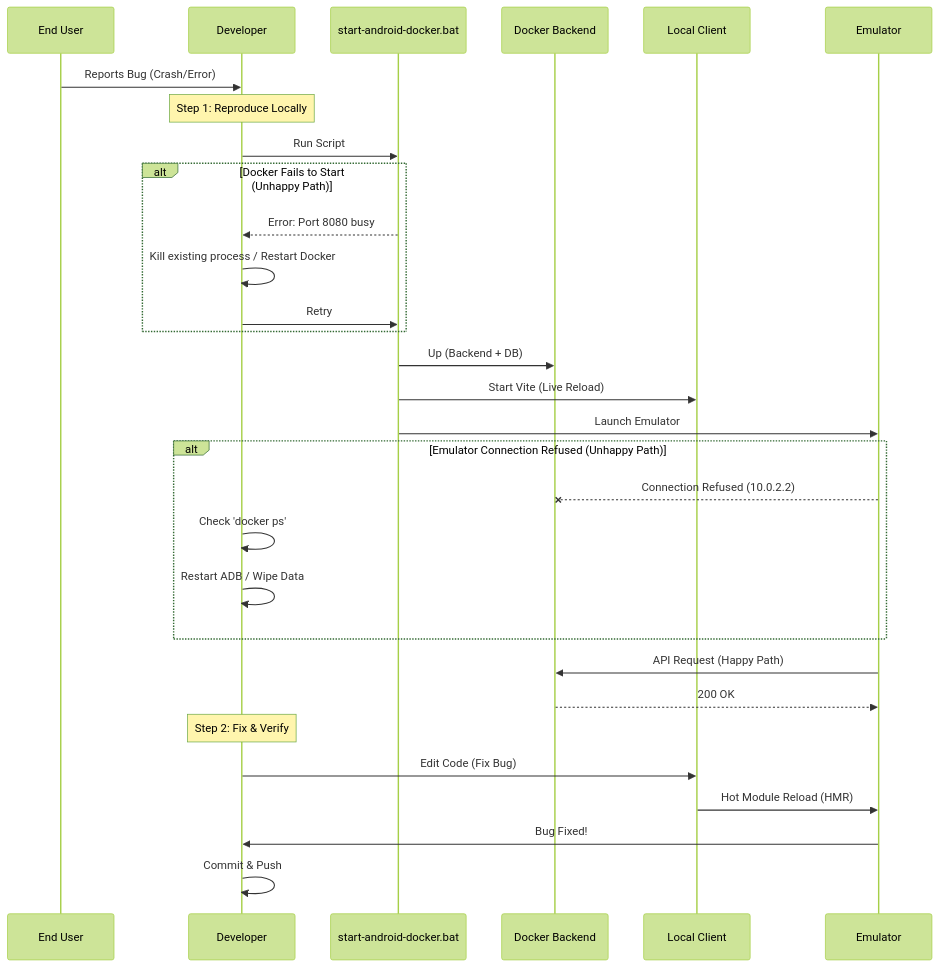
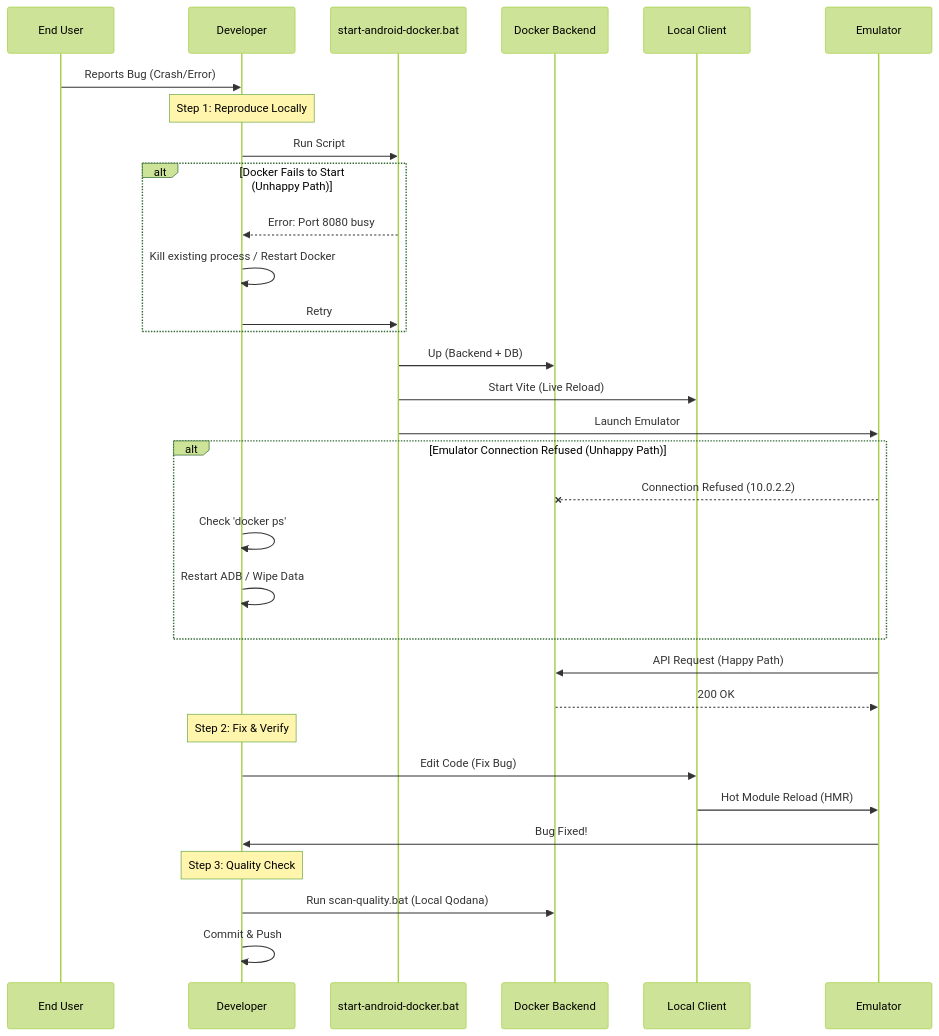
The first of 5 diagrams in docs/WORKFLOW_AND_DEBUGGING.md (ihkaru/cerdas), drawn with Mermaid (forest theme) before and after one commit. The commit also changed other lines of this file and 3 other files, not shown here.

````diff
--- a/docs/WORKFLOW_AND_DEBUGGING.md
+++ b/docs/WORKFLOW_AND_DEBUGGING.md
@@ -25,40 +25,43 @@
 ```mermaid
 sequenceDiagram
     participant User as End User
     participant Dev as Developer
     participant Script as start-android-docker.bat
     participant Docker as Docker Backend
     participant Client as Local Client
     participant Emu as Emulator
     
     User->>Dev: Reports Bug (Crash/Error)
     
     Note over Dev: Step 1: Reproduce Locally
     Dev->>Script: Run Script
     
     alt Docker Fails to Start (Unhappy Path)
         Script-->>Dev: Error: Port 8080 busy
         Dev->>Dev: Kill existing process / Restart Docker
         Dev->>Script: Retry
     end
 
     Script->>Docker: Up (Backend + DB)
     Script->>Client: Start Vite (Live Reload)
     Script->>Emu: Launch Emulator
     
     alt Emulator Connection Refused (Unhappy Path)
         Emu--xDocker: Connection Refused (10.0.2.2)
         Dev->>Dev: Check 'docker ps'
         Dev->>Dev: Restart ADB / Wipe Data
     end
 
     Emu->>Docker: API Request (Happy Path)
     Docker-->>Emu: 200 OK
     
     Note over Dev: Step 2: Fix & Verify
     Dev->>Client: Edit Code (Fix Bug)
     Client->>Emu: Hot Module Reload (HMR)
     Emu->>Dev: Bug Fixed!
+
+    Note over Dev: Step 3: Quality Check
+    Dev->>Docker: Run scan-quality.bat (Local Qodana)
     
     Dev->>Dev: Commit & Push
 ```
````
